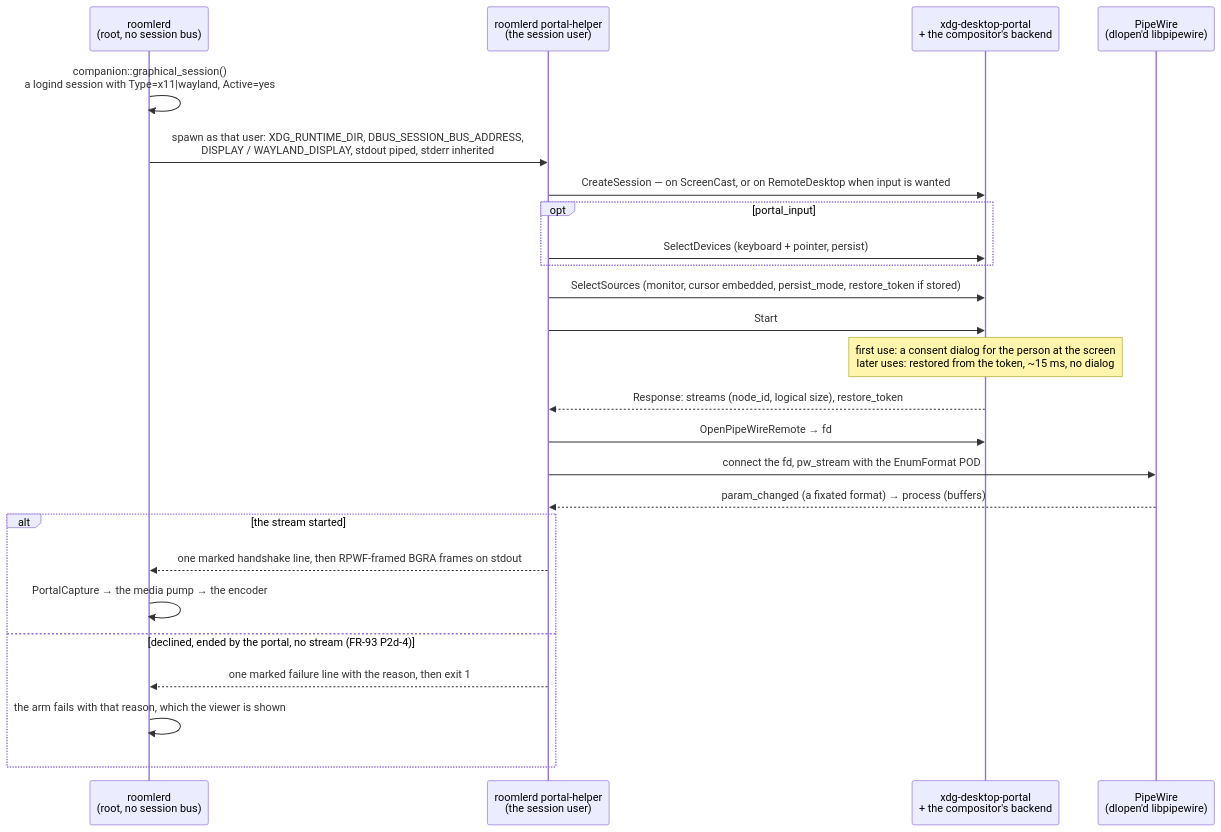
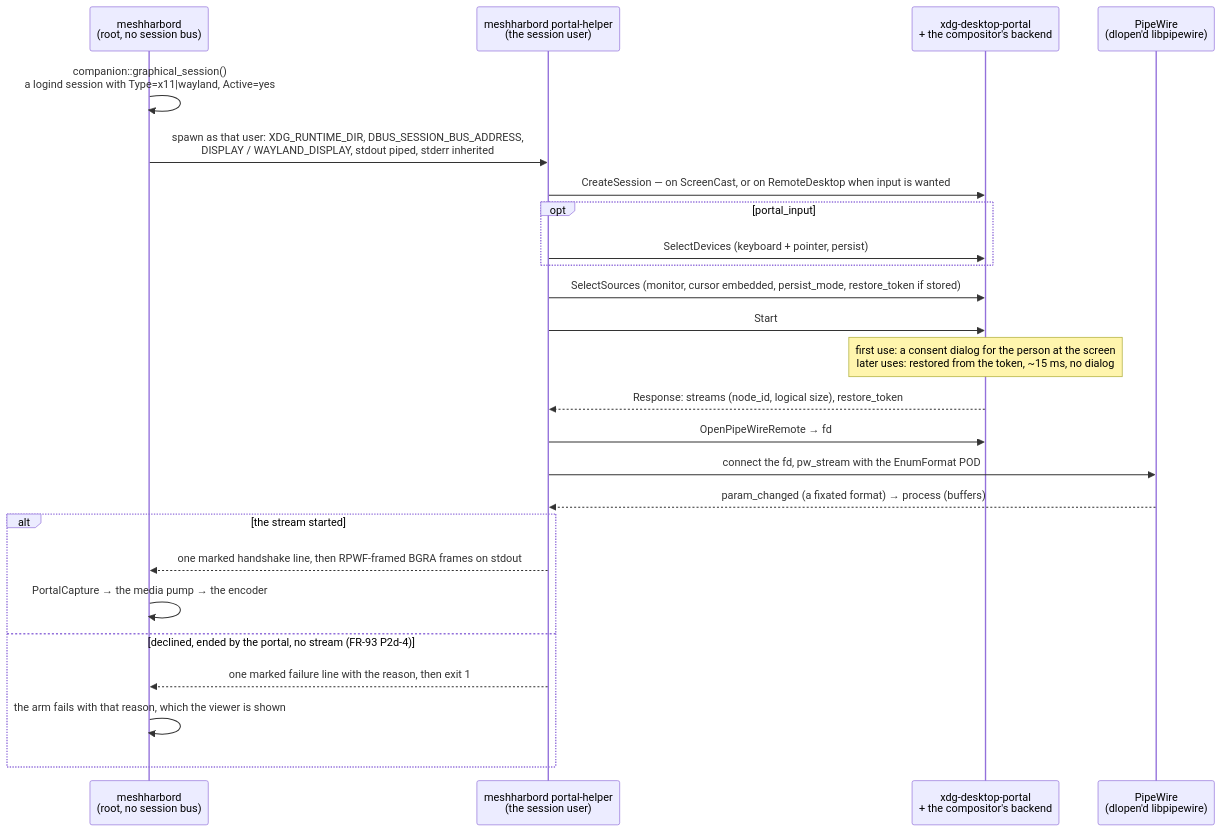
Diagram 11 of 20 in docs/linux-capture.md (jk-zhang-meta/MeshHarbor), drawn with Mermaid before and after one commit. The commit also changed other lines of this file and 682 other files, not shown here.

````diff
--- a/docs/linux-capture.md
+++ b/docs/linux-capture.md
@@ -1086,28 +1086,28 @@
 ```mermaid
 sequenceDiagram
-    participant D as roomlerd<br/>(root, no session bus)
-    participant H as roomlerd portal-helper<br/>(the session user)
+    participant D as meshharbord<br/>(root, no session bus)
+    participant H as meshharbord portal-helper<br/>(the session user)
     participant XDP as xdg-desktop-portal<br/>+ the compositor's backend
     participant PW as PipeWire<br/>(dlopen'd libpipewire)
 
     D->>D: companion::graphical_session()<br/>a logind session with Type=x11|wayland, Active=yes
     D->>H: spawn as that user: XDG_RUNTIME_DIR, DBUS_SESSION_BUS_ADDRESS,<br/>DISPLAY / WAYLAND_DISPLAY, stdout piped, stderr inherited
     H->>XDP: CreateSession — on ScreenCast, or on RemoteDesktop when input is wanted
     opt portal_input
         H->>XDP: SelectDevices (keyboard + pointer, persist)
     end
     H->>XDP: SelectSources (monitor, cursor embedded, persist_mode, restore_token if stored)
     H->>XDP: Start
     Note over XDP: first use: a consent dialog for the person at the screen<br/>later uses: restored from the token, ~15 ms, no dialog
     XDP-->>H: Response: streams (node_id, logical size), restore_token
     H->>XDP: OpenPipeWireRemote → fd
     H->>PW: connect the fd, pw_stream with the EnumFormat POD
     PW-->>H: param_changed (a fixated format) → process (buffers)
     alt the stream started
         H-->>D: one marked handshake line, then RPWF-framed BGRA frames on stdout
         D->>D: PortalCapture → the media pump → the encoder
     else declined, ended by the portal, no stream (FR-93 P2d-4)
         H-->>D: one marked failure line with the reason, then exit 1
         D->>D: the arm fails with that reason, which the viewer is shown
     end
 ```
````
